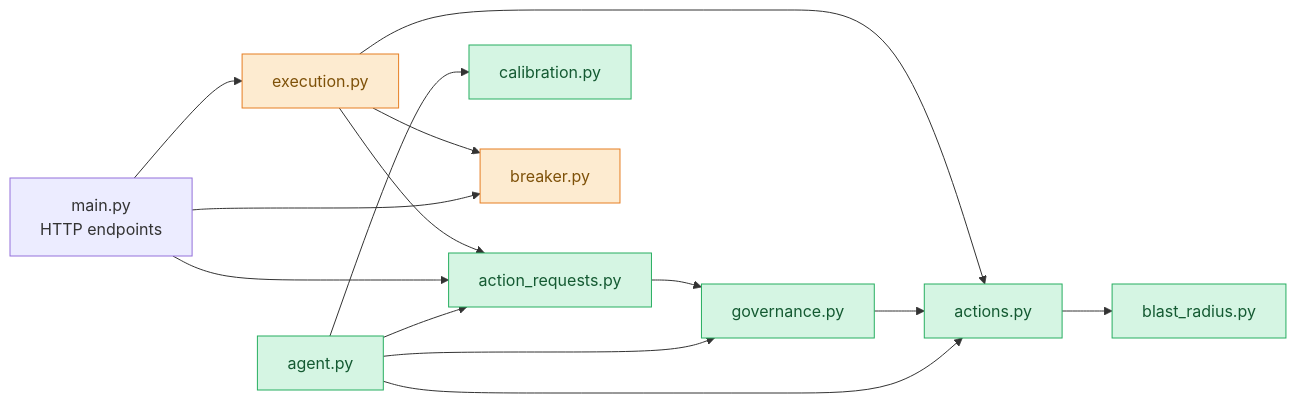
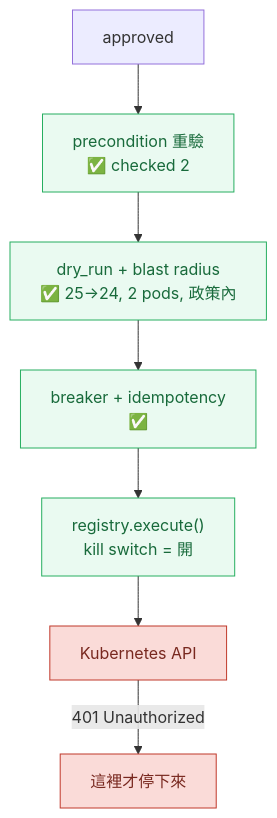
One commit to tedmax100/o11y-bench changed the first of 2 diagrams in weaver-demo/ironman-2026/day33.md. Above: the diagram before and after it, drawn with Mermaid. The commit also changed other lines of this file and 29 other files, not shown here.

````diff
--- a/weaver-demo/ironman-2026/day33.md
+++ b/weaver-demo/ironman-2026/day33.md
@@ -103,21 +108,14 @@
 ```mermaid
-flowchart LR
-    A["agent.py"] --> G["governance.py"]
-    A --> AR["action_requests.py"]
-    A --> AC["actions.py"]
-    A --> CAL["calibration.py"]
-    G --> AC
-    AR --> G
-    AC --> BR["blast_radius.py"]
-    M["main.py<br/>HTTP endpoints"] --> EX["execution.py"]
-    M --> AR
-    M --> BK["breaker.py"]
-    EX --> AR
-    EX --> BK
-    EX --> AC
+flowchart TB
+    A["approved"] --> P["precondition 重驗<br/>✅ checked 2"]
+    P --> D["dry_run + blast radius<br/>✅ 25→24, 2 pods, 政策內"]
+    D --> B["breaker + idempotency<br/>✅"]
+    B --> E["registry.execute()<br/>kill switch = 開"]
+    E --> K["Kubernetes API"]
+    K -->|"401 Unauthorized"| X["這裡才停下來"]
 
-    classDef live fill:#d5f5e3,stroke:#27ae60,color:#145a32
-    classDef cold fill:#fdebd0,stroke:#e67e22,color:#7e5109
-    class A,G,AR,AC,CAL,BR live
-    class EX,BK cold
+    classDef mine fill:#eafaf1,stroke:#27ae60,color:#186a3b
+    classDef notmine fill:#fadbd8,stroke:#c0392b,color:#78281f
+    class P,D,B,E mine
+    class K,X notmine
 ```
````
